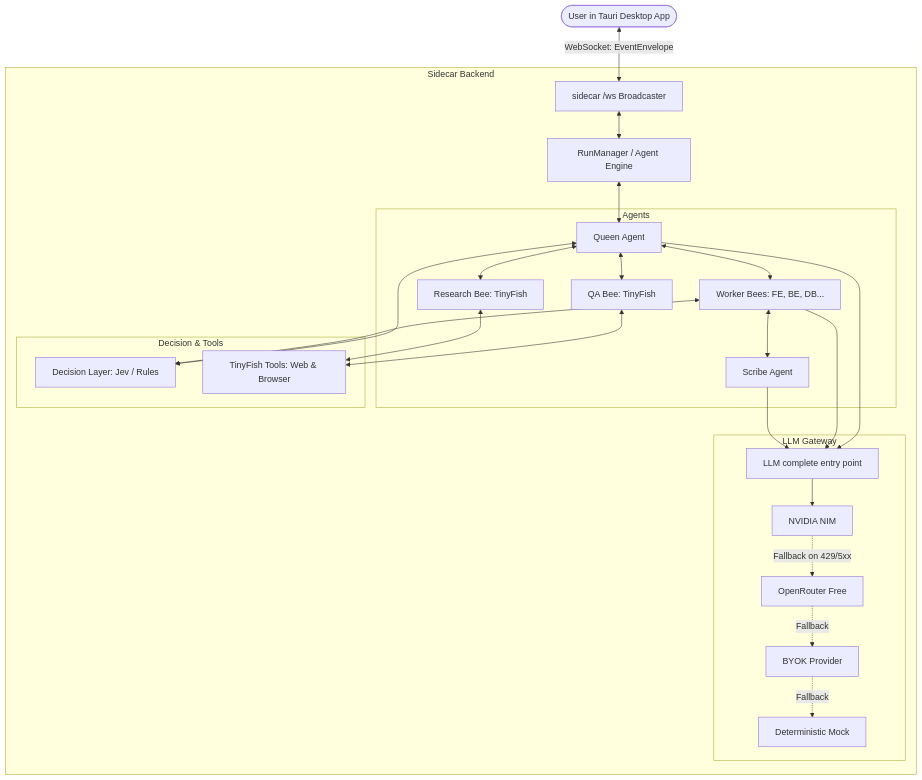
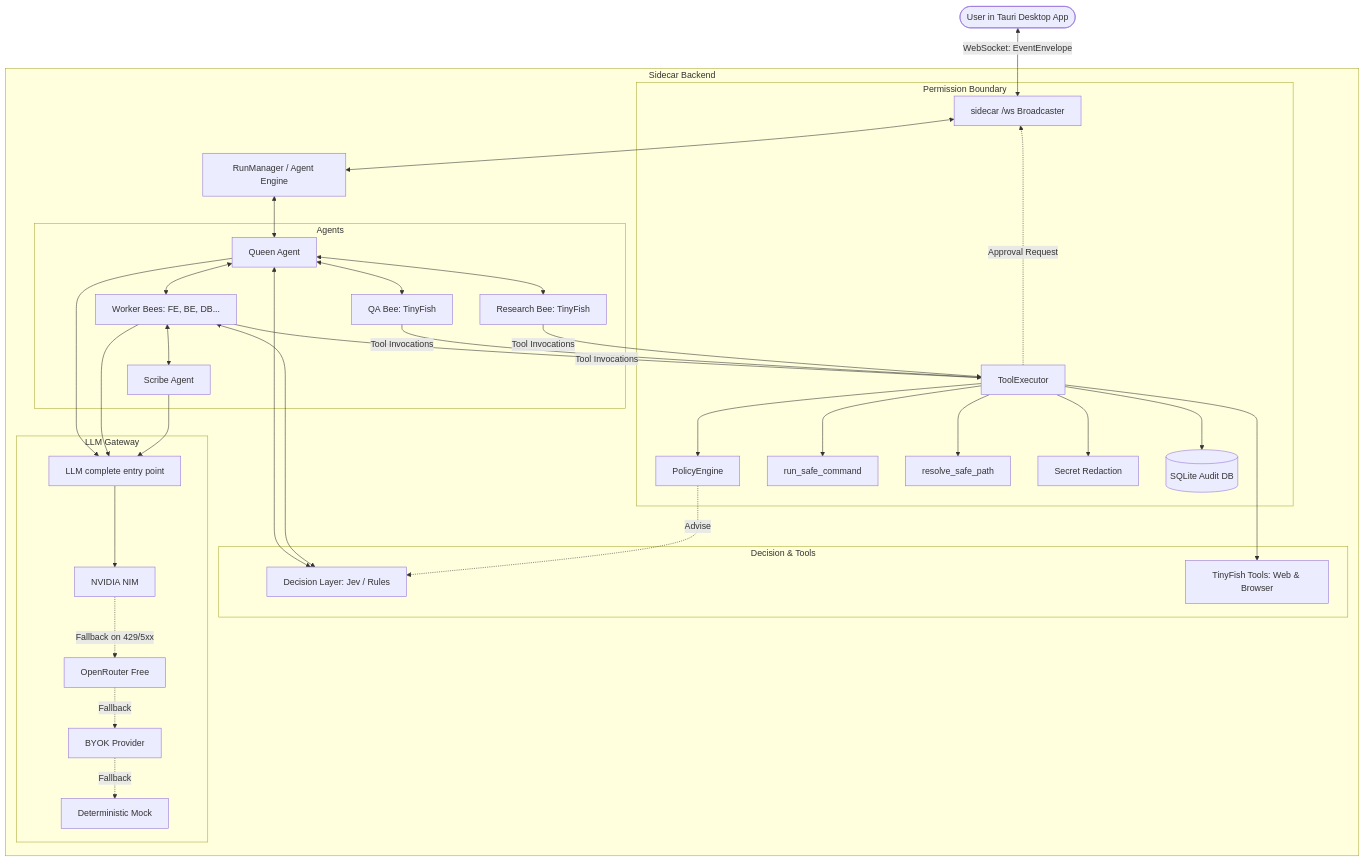
One commit to simplychiragk/swarm changed the diagram in docs/ARCHITECTURE.md. Above: the diagram before and after it, drawn with Mermaid. The commit also changed other lines of this file and 5 other files, not shown here.

Commit message:
docs: document permission system architecture, contracts, runbook and progress

````diff
--- a/docs/ARCHITECTURE.md
+++ b/docs/ARCHITECTURE.md
@@ -19,49 +20,69 @@
 ```mermaid
 flowchart TD
     User([User in Tauri Desktop App]) <-->|WebSocket: EventEnvelope| WS[sidecar /ws Broadcaster]
 
     subgraph Sidecar Backend
         WS <--> RM[RunManager / Agent Engine]
         
         subgraph Agents
             Queen[Queen Agent]
             Workers[Worker Bees: FE, BE, DB...]
             Scribe[Scribe Agent]
             QA[QA Bee: TinyFish]
             Research[Research Bee: TinyFish]
         end
 
         RM <--> Queen
         Queen <--> Workers
         Workers <--> Scribe
         Queen <--> QA
         Queen <--> Research
 
         subgraph Decision & Tools
             DL[Decision Layer: Jev / Rules]
             TF[TinyFish Tools: Web & Browser]
         end
 
         Queen <--> DL
         Workers <--> DL
-        QA <--> TF
-        Research <--> TF
+
+        subgraph Permission Boundary
+            TE[ToolExecutor]
+            PE[PolicyEngine]
+            SafeCmd[run_safe_command]
+            SafePath[resolve_safe_path]
+            Redact[Secret Redaction]
+            Audit[(SQLite Audit DB)]
+
+            TE --> PE
+            PE -.->|Advise| DL
+            TE --> SafeCmd
+            TE --> SafePath
+            TE --> Redact
+            TE --> Audit
+            TE -.->|Approval Request| WS
+        end
+
+        Workers -->|Tool Invocations| TE
+        QA -->|Tool Invocations| TE
+        Research -->|Tool Invocations| TE
+        TE --> TF
 
         subgraph LLM Gateway
             GW[LLM complete entry point]
             NIM[NVIDIA NIM]
             OR[OpenRouter Free]
             BYOK[BYOK Provider]
             MockLLM[Deterministic Mock]
             
             GW --> NIM
             NIM -.->|Fallback on 429/5xx| OR
             OR -.->|Fallback| BYOK
             BYOK -.->|Fallback| MockLLM
         end
 
         Queen --> GW
         Workers --> GW
         Scribe --> GW
     end
 ```
````
